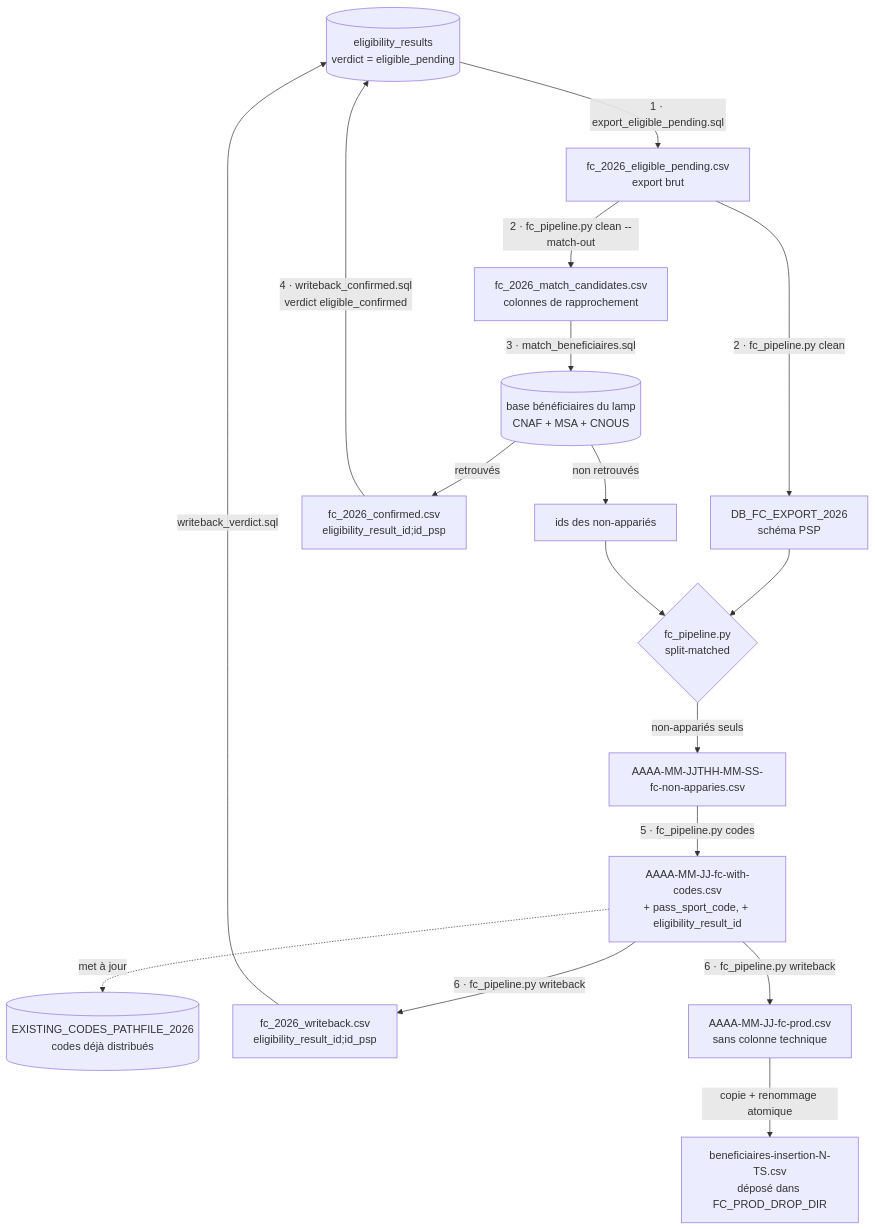
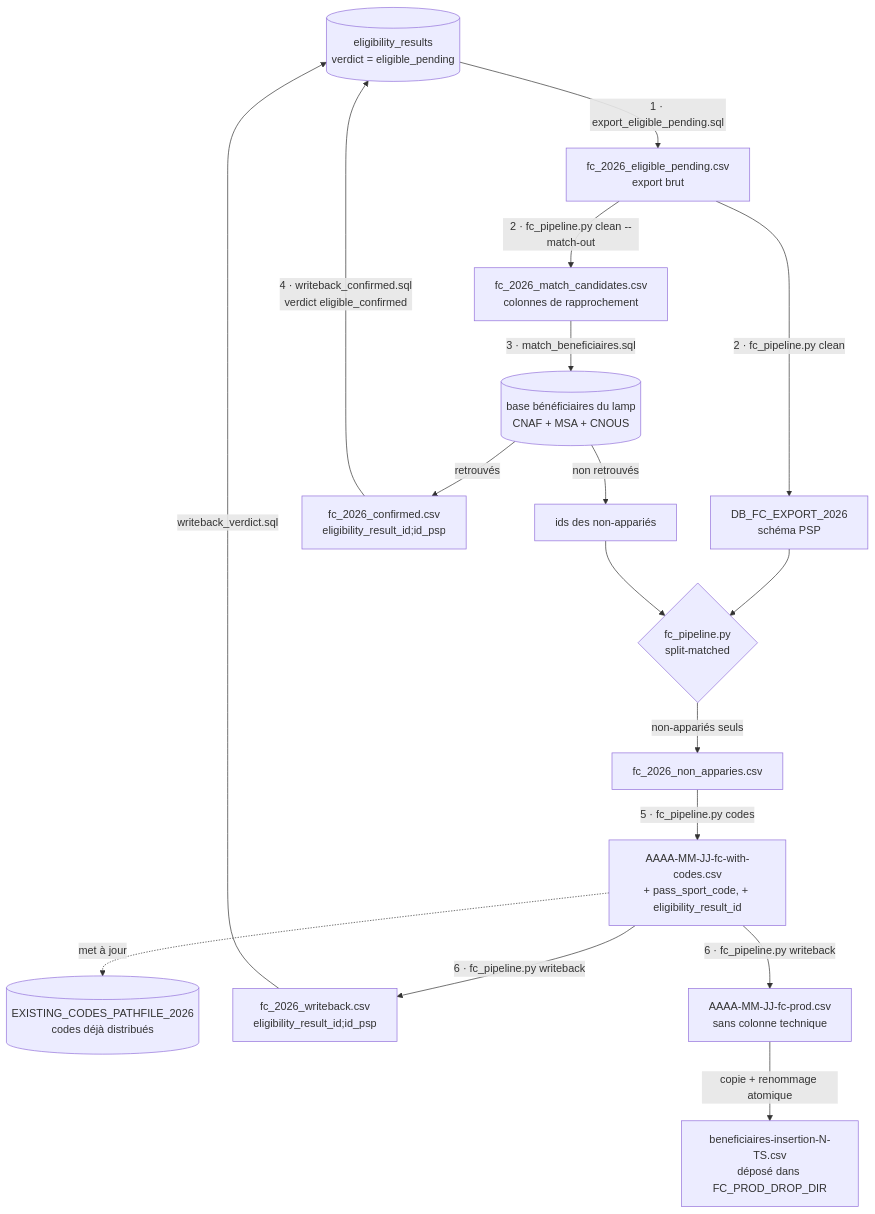
Before and after one commit to betagouv/pass-sport: the diagram in data/2026/partners/franceconnect/README.md, drawn with Mermaid. The commit also changed other lines of this file and 3 other files, not shown here.

````diff
--- a/data/2026/partners/franceconnect/README.md
+++ b/data/2026/partners/franceconnect/README.md
@@ -34,25 +34,25 @@
 ```mermaid
 flowchart TD
     DB[("eligibility_results<br/>verdict = eligible_pending")]
     LAMP[("base bénéficiaires du lamp<br/>CNAF + MSA + CNOUS")]
 
     DB -->|"1 · export_eligible_pending.sql"| F1["fc_2026_eligible_pending.csv<br/>export brut"]
     F1 -->|"2 · fc_pipeline.py clean"| F2["DB_FC_EXPORT_2026<br/>schéma PSP"]
     F1 -->|"2 · fc_pipeline.py clean --match-out"| M1["fc_2026_match_candidates.csv<br/>colonnes de rapprochement"]
 
     M1 -->|"3 · match_beneficiaires.sql"| LAMP
     LAMP -->|"retrouvés"| M2["fc_2026_confirmed.csv<br/>eligibility_result_id;id_psp"]
     LAMP -->|"non retrouvés"| M3["ids des non-appariés"]
     M2 -->|"4 · writeback_confirmed.sql<br/>verdict eligible_confirmed"| DB
 
     F2 --> SPLIT{"fc_pipeline.py<br/>split-matched"}
     M3 --> SPLIT
-    SPLIT -->|"non-appariés seuls"| F2B["AAAA-MM-JJTHH-MM-SS-fc-non-apparies.csv"]
+    SPLIT -->|"non-appariés seuls"| F2B["fc_2026_non_apparies.csv"]
 
     F2B -->|"5 · fc_pipeline.py codes"| F3["AAAA-MM-JJ-fc-with-codes.csv<br/>+ pass_sport_code, + eligibility_result_id"]
     F3 -. met à jour .-> CODES[("EXISTING_CODES_PATHFILE_2026<br/>codes déjà distribués")]
     F3 -->|"6 · fc_pipeline.py writeback"| F4A["fc_2026_writeback.csv<br/>eligibility_result_id;id_psp"]
     F3 -->|"6 · fc_pipeline.py writeback"| F4B["AAAA-MM-JJ-fc-prod.csv<br/>sans colonne technique"]
     F4A -->|"writeback_verdict.sql"| DB
     F4B -->|"copie + renommage atomique"| DEPOT["beneficiaires-insertion-N-TS.csv<br/>déposé dans FC_PROD_DROP_DIR"]
 ```
````
